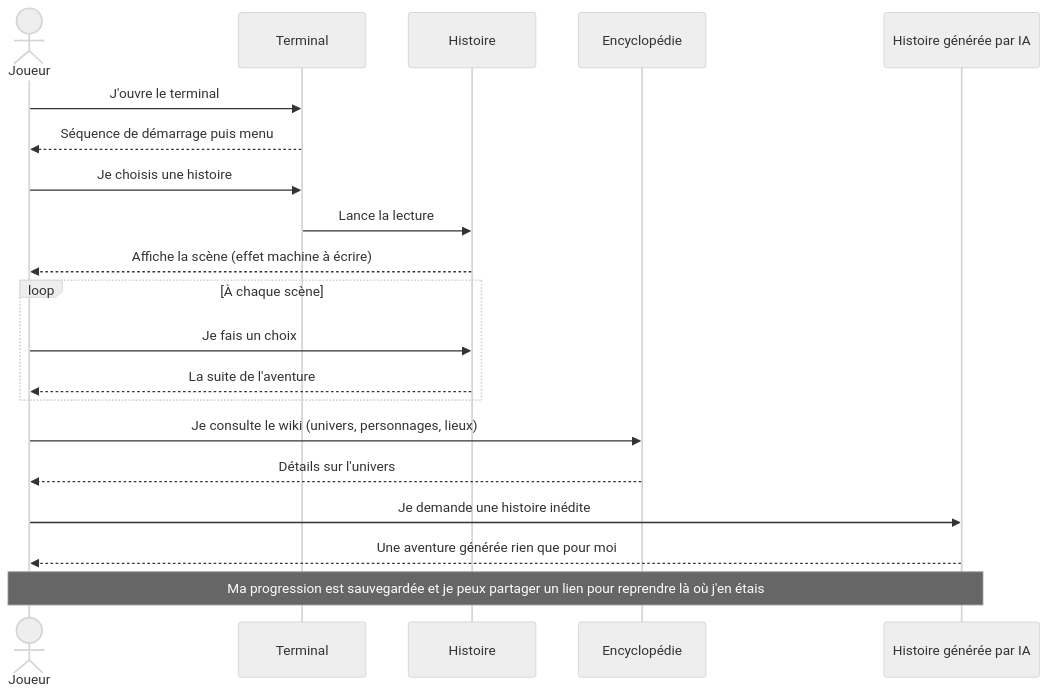
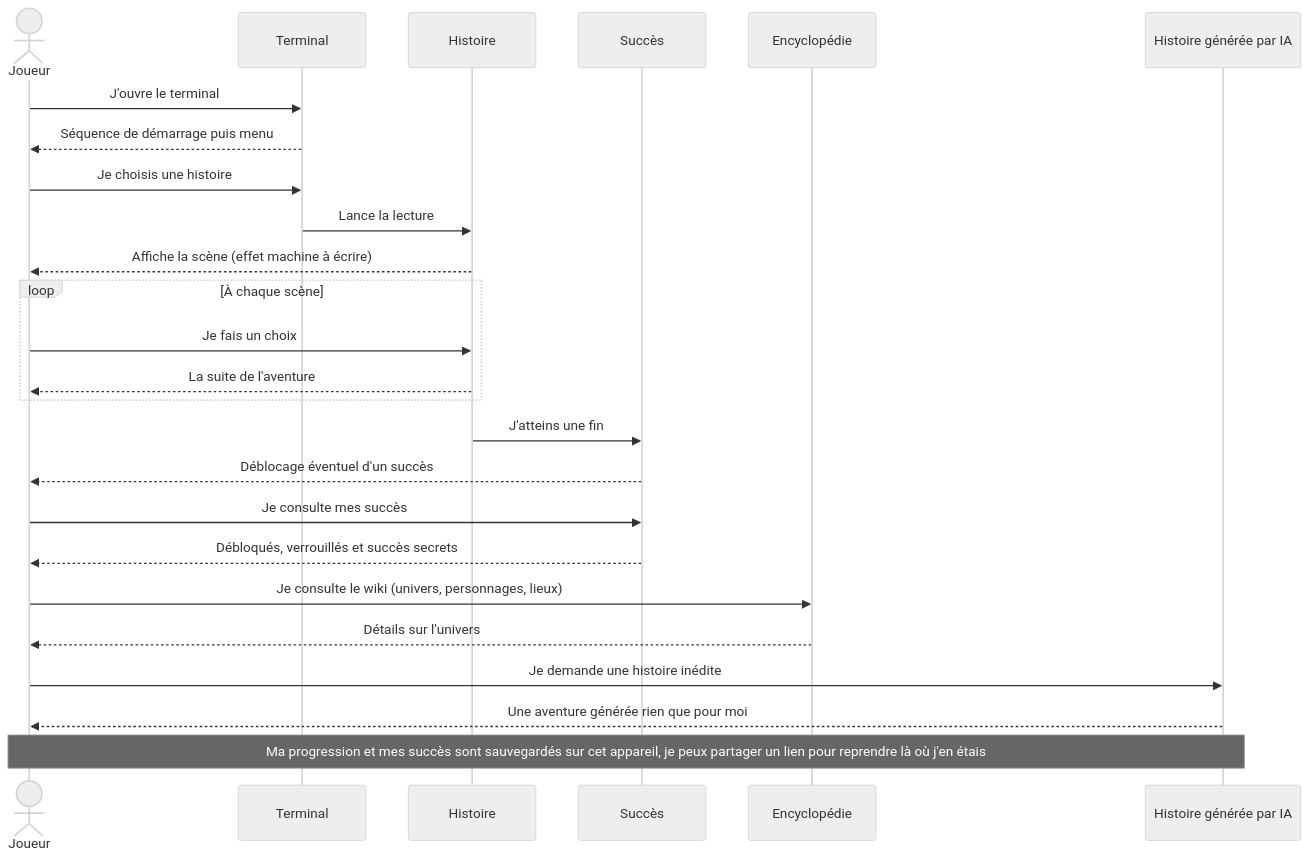
Before and after one commit to FlorianLeChat/Terminal-Stories: the first of 2 diagrams in README.md, drawn with Mermaid (neutral theme). The commit also changed other lines of this file and 25 other files, not shown here.

````diff
--- a/README.md
+++ b/README.md
@@ -32,28 +32,35 @@
 ```mermaid
 sequenceDiagram
     actor Joueur
     participant Terminal
     participant Histoire
+    participant Succès
     participant Encyclopédie
     participant IA as Histoire générée par IA
 
     Joueur->>Terminal: J'ouvre le terminal
     Terminal-->>Joueur: Séquence de démarrage puis menu
 
     Joueur->>Terminal: Je choisis une histoire
     Terminal->>Histoire: Lance la lecture
     Histoire-->>Joueur: Affiche la scène (effet machine à écrire)
 
     loop À chaque scène
         Joueur->>Histoire: Je fais un choix
         Histoire-->>Joueur: La suite de l'aventure
     end
 
+    Histoire->>Succès: J'atteins une fin
+    Succès-->>Joueur: Déblocage éventuel d'un succès
+
+    Joueur->>Succès: Je consulte mes succès
+    Succès-->>Joueur: Débloqués, verrouillés et succès secrets
+
     Joueur->>Encyclopédie: Je consulte le wiki (univers, personnages, lieux)
     Encyclopédie-->>Joueur: Détails sur l'univers
 
     Joueur->>IA: Je demande une histoire inédite
     IA-->>Joueur: Une aventure générée rien que pour moi
 
-    Note over Joueur,IA: Ma progression est sauvegardée et je peux partager un lien pour reprendre là où j'en étais
+    Note over Joueur,IA: Ma progression et mes succès sont sauvegardés sur cet appareil, je peux partager un lien pour reprendre là où j'en étais
 ```
````
